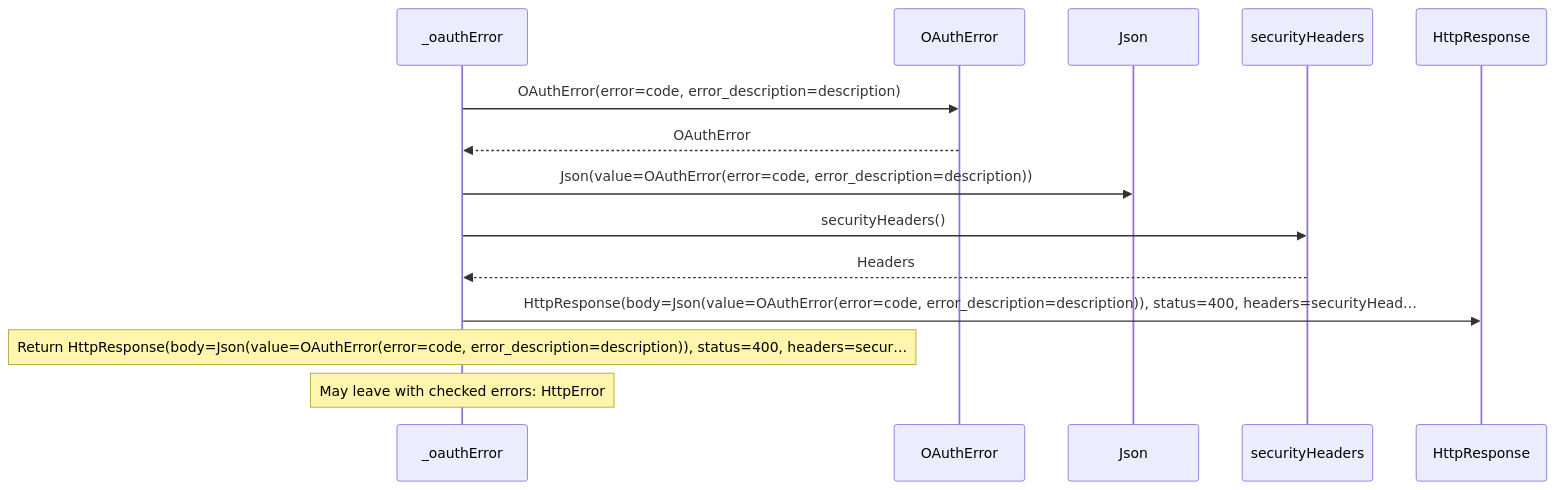
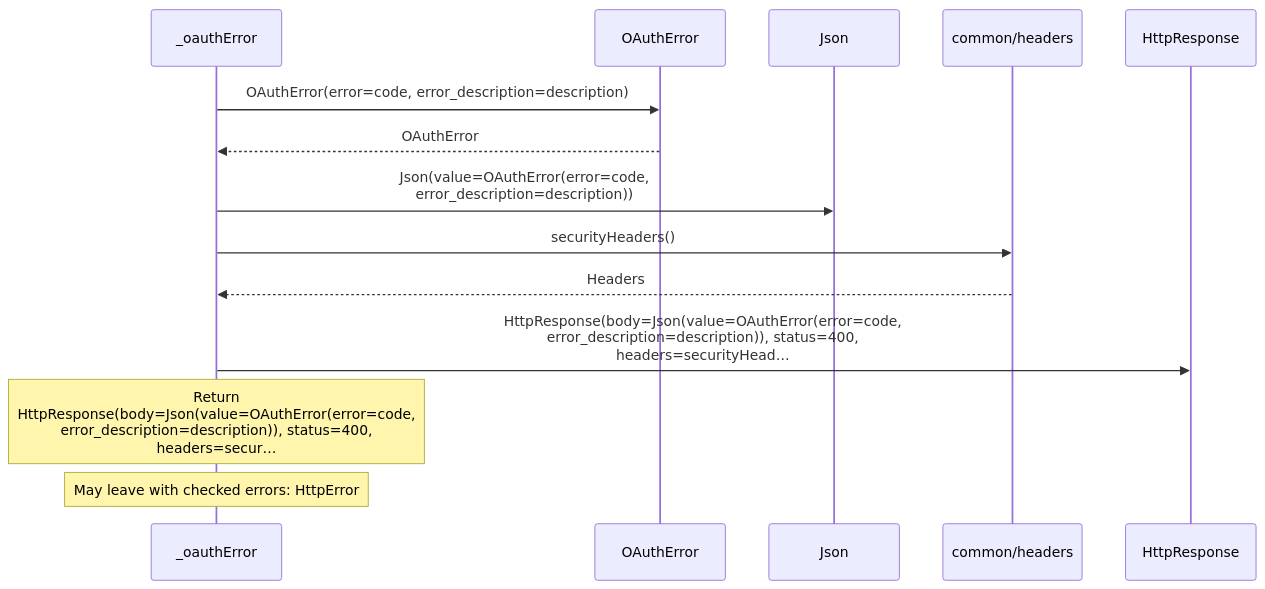
The third of 6 diagrams in docs/examples/oidc-login/provider/token-diagrams.md (GreenPandaStudios/augscript), drawn with Mermaid before and after one commit. The commit also changed other lines of this file and 200 other files, not shown here.

Commit message:
Group imported operations and wrap readable sequence messages

````diff
--- a/docs/examples/oidc-login/provider/token-diagrams.md
+++ b/docs/examples/oidc-login/provider/token-diagrams.md
@@ -94,16 +94,16 @@
 ```mermaid
 sequenceDiagram
     participant p0 as _oauthError
     participant p1 as OAuthError
     participant p2 as Json
-    participant p3 as securityHeaders
+    participant p3 as common/headers
     participant p4 as HttpResponse
     p0->>p1: OAuthError(error=code, error_description=description)
     p1-->>p0: OAuthError
-    p0->>p2: Json(value=OAuthError(error=code, error_description=description))
+    p0->>p2: Json(value=OAuthError(error=code,<br/>error_description=description))
     p0->>p3: securityHeaders()
     p3-->>p0: Headers
-    p0->>p4: HttpResponse(body=Json(value=OAuthError(error=code, error_description=description)), status=400, headers=securityHead…
-    Note over p0: Return HttpResponse(body=Json(value=OAuthError(error=code, error_description=description)), status=400, headers=secur…
+    p0->>p4: HttpResponse(body=Json(value=OAuthError(error=code,<br/>error_description=description)), status=400,<br/>headers=securityHead…
+    Note over p0: Return<br/>HttpResponse(body=Json(value=OAuthError(error=code,<br/>error_description=description)), status=400,<br/>headers=secur…
     Note over p0: May leave with checked errors: HttpError
 ```
````
